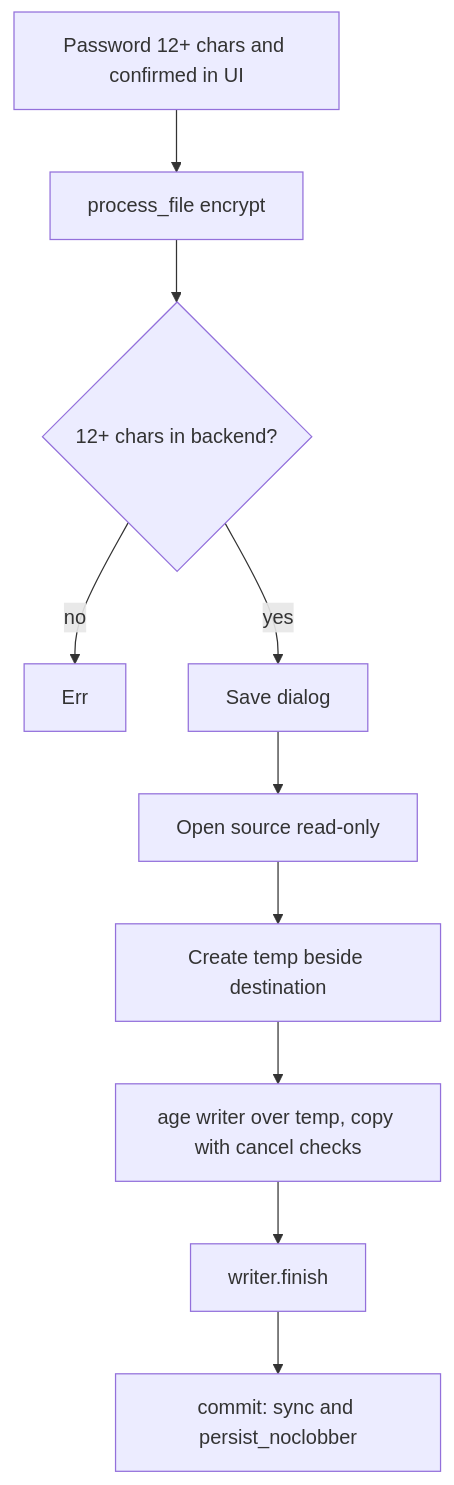
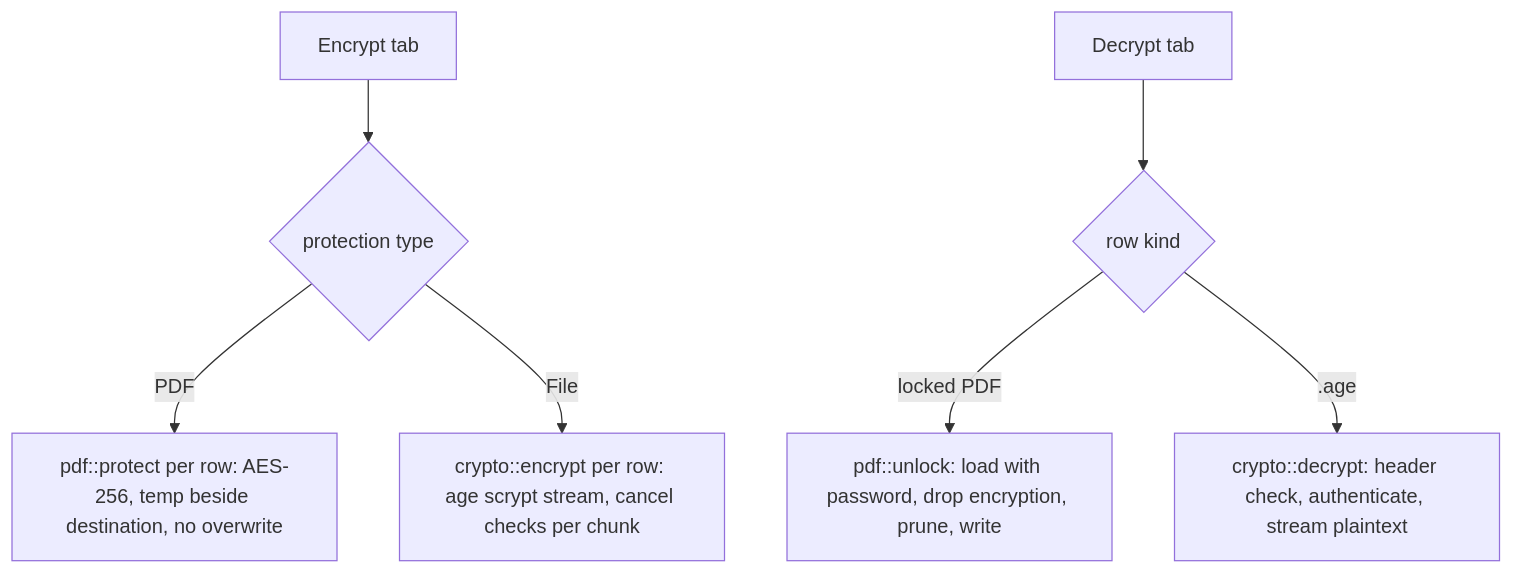
Before and after one commit to preska-elixirr/doc_converter: the diagram in docs/ENCRYPTION.md, drawn with Mermaid. The commit also changed other lines of this file and 49 other files, not shown here.

````diff
--- a/docs/ENCRYPTION.md
+++ b/docs/ENCRYPTION.md
@@ -33,12 +54,9 @@
 ```mermaid
 flowchart TD
-  A[Password 12+ chars and confirmed in UI] --> B[process_file encrypt]
-  B --> C{12+ chars in backend?}
-  C -- no --> X[Err]
-  C -- yes --> D[Save dialog]
-  D --> E[Open source read-only]
-  E --> F[Create temp beside destination]
-  F --> G[age writer over temp, copy with cancel checks]
-  G --> H[writer.finish]
-  H --> I[commit: sync and persist_noclobber]
+  A[Encrypt tab] --> B{protection type}
+  B -- PDF --> C[pdf::protect per row: AES-256, temp beside destination, no overwrite]
+  B -- File --> D[crypto::encrypt per row: age scrypt stream, cancel checks per chunk]
+  E[Decrypt tab] --> F{row kind}
+  F -- locked PDF --> G[pdf::unlock: load with password, drop encryption, prune, write]
+  F -- .age --> H[crypto::decrypt: header check, authenticate, stream plaintext]
 ```
````
